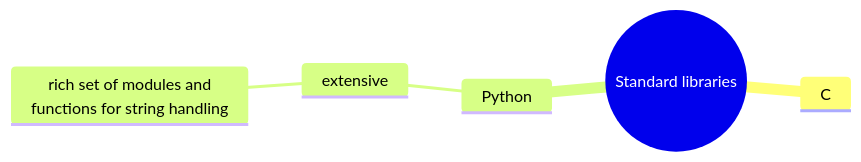
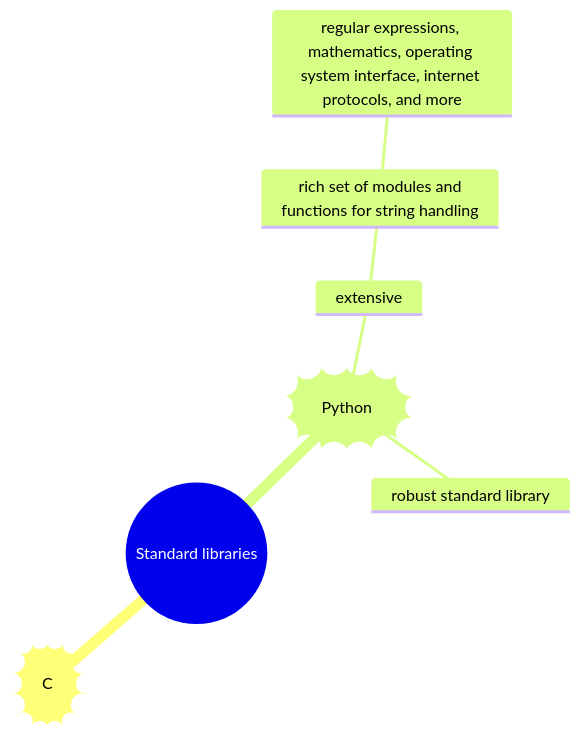
Before and after one commit to ProGamerXbox/ComputerScience: the diagram in other projects/C_learning/standard_libraries.md, drawn with Mermaid.

````diff
--- a/other projects/C_learning/standard_libraries.md
+++ b/other projects/C_learning/standard_libraries.md
@@ -5,9 +5,11 @@
 ```mermaid
 mindmap
     root((Standard libraries))
-        C
-        Python
+        id))C((
+        id))Python((
             extensive
                 rich set of modules and <br> functions for string handling
+                    regular expressions, mathematics, operating system interface, internet protocols, and more
+            robust standard library
 
 ```
````
